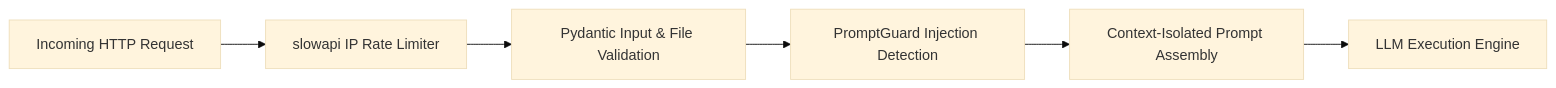
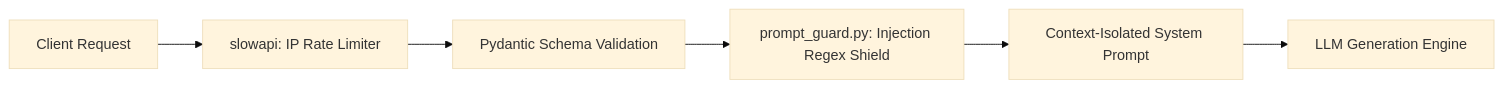
The sixth of 6 diagrams in architecture.md (Santhosh-p653/rag-multimodal-assistant), drawn with Mermaid (base theme) before and after one commit. The commit also changed other lines of this file and 2 other files, not shown here.

````diff
--- a/architecture.md
+++ b/architecture.md
@@ -346,8 +239,8 @@
 ```mermaid
 graph LR
-    ClientReq[Incoming HTTP Request] --> SlowAPI[slowapi IP Rate Limiter]
-    SlowAPI --> PydanticValidation[Pydantic Input & File Validation]
-    PydanticValidation --> PromptGuard[PromptGuard Injection Detection]
-    PromptGuard --> ContextIsolation[Context-Isolated Prompt Assembly]
-    ContextIsolation --> ExecLLM[LLM Execution Engine]
+    Request[Client Request] --> SlowAPI[slowapi: IP Rate Limiter]
+    SlowAPI --> PydanticGuard[Pydantic Schema Validation]
+    PydanticGuard --> PromptGuard[prompt_guard.py: Injection Regex Shield]
+    PromptGuard --> SystemPrompt[Context-Isolated System Prompt]
+    SystemPrompt --> LLMExecution[LLM Generation Engine]
 ```
````
